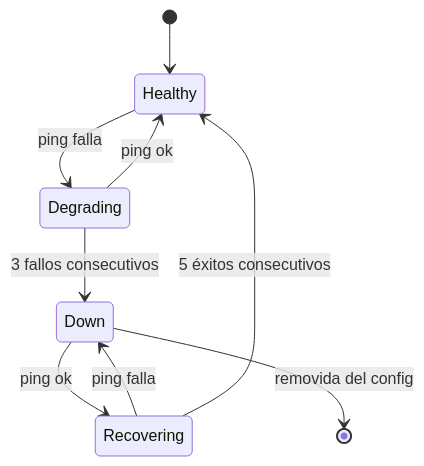
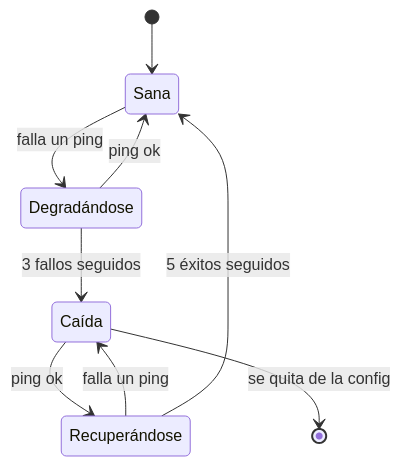
One commit to mchinchilla/NetFirewall changed the fourth of 5 diagrams in README.es.md. Above: the diagram before and after it, drawn with Mermaid. The commit also changed other lines of this file and 7 other files, not shown here.

````diff
--- a/README.es.md
+++ b/README.es.md
@@ -298,11 +320,11 @@
 ```mermaid
 stateDiagram-v2
-    [*] --> Healthy
-    Healthy --> Degrading: ping falla
-    Degrading --> Healthy: ping ok
-    Degrading --> Down: 3 fallos consecutivos
-    Down --> Recovering: ping ok
-    Recovering --> Down: ping falla
-    Recovering --> Healthy: 5 éxitos consecutivos
-    Down --> [*]: removida del config
+    [*] --> Sana
+    Sana --> Degradándose: falla un ping
+    Degradándose --> Sana: ping ok
+    Degradándose --> Caída: 3 fallos seguidos
+    Caída --> Recuperándose: ping ok
+    Recuperándose --> Caída: falla un ping
+    Recuperándose --> Sana: 5 éxitos seguidos
+    Caída --> [*]: se quita de la config
 ```
````
